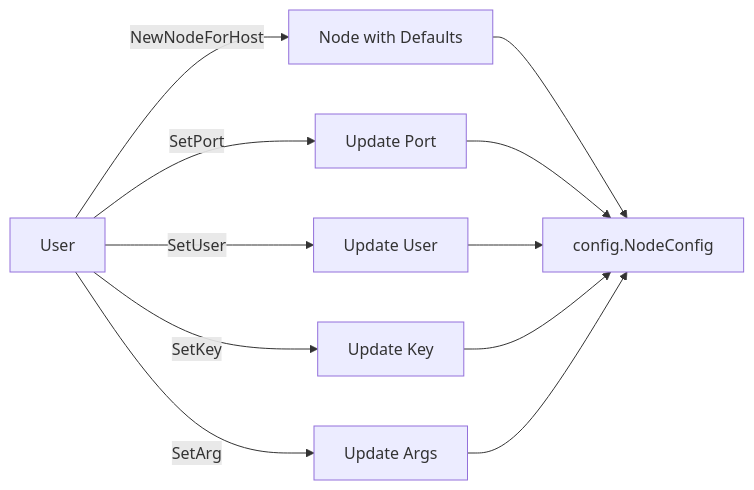
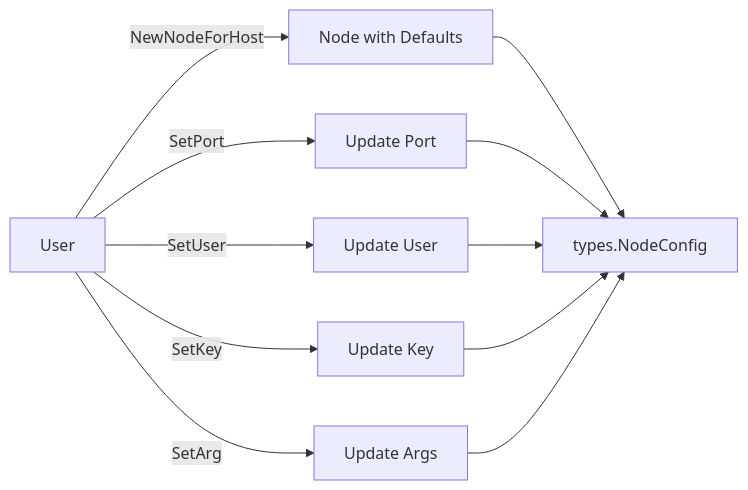
One commit to dracory/ork changed the second of 14 diagrams in docs/livewiki/data_flow.md. Above: the diagram before and after it, drawn with Mermaid. The commit also changed other lines of this file and 4 other files, not shown here.

Commit message:
docs: update documentation to reflect package refactoring from config to types and playbooks to skills terminology

````diff
--- a/docs/livewiki/data_flow.md
+++ b/docs/livewiki/data_flow.md
@@ -29,13 +33,13 @@
 ```mermaid
 graph LR
     A[User] -->|NewNodeForHost| B[Node with Defaults]
     A -->|SetPort| C[Update Port]
     A -->|SetUser| D[Update User]
     A -->|SetKey| E[Update Key]
     A -->|SetArg| F[Update Args]
-    B --> G[config.NodeConfig]
+    B --> G[types.NodeConfig]
     C --> G
     D --> G
     E --> G
     F --> G
 ```
````
